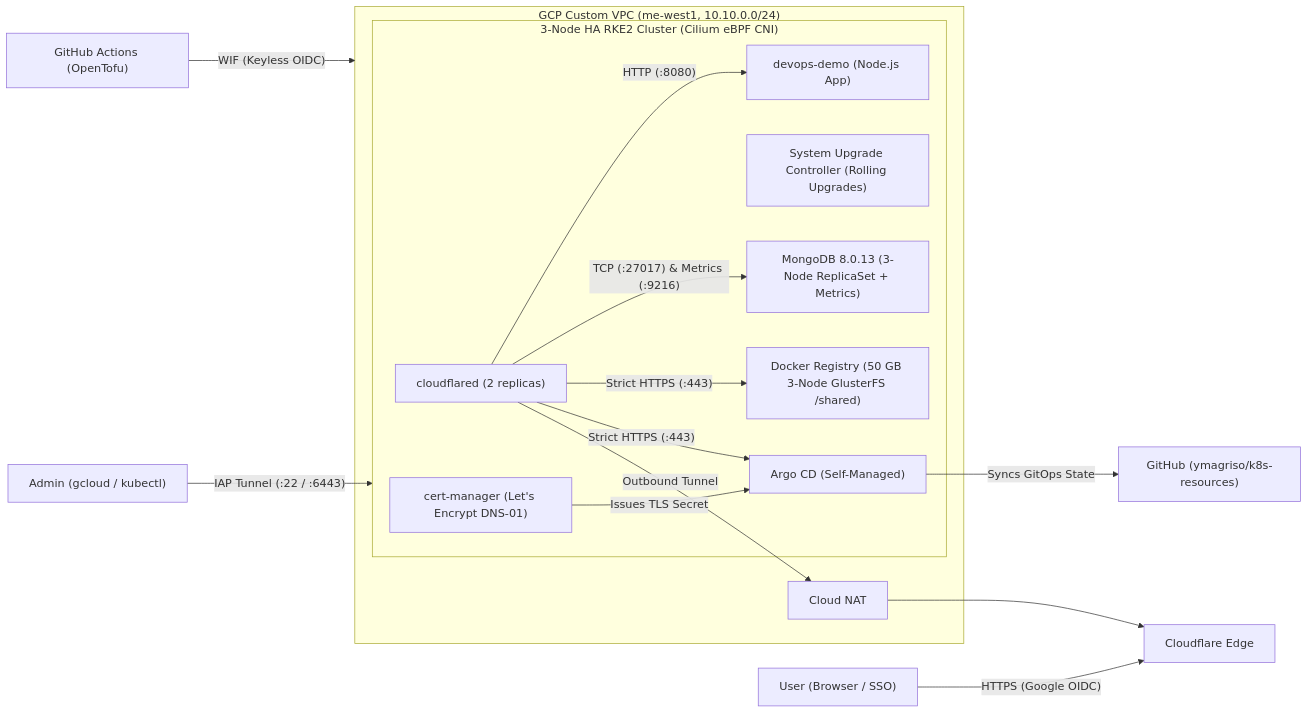
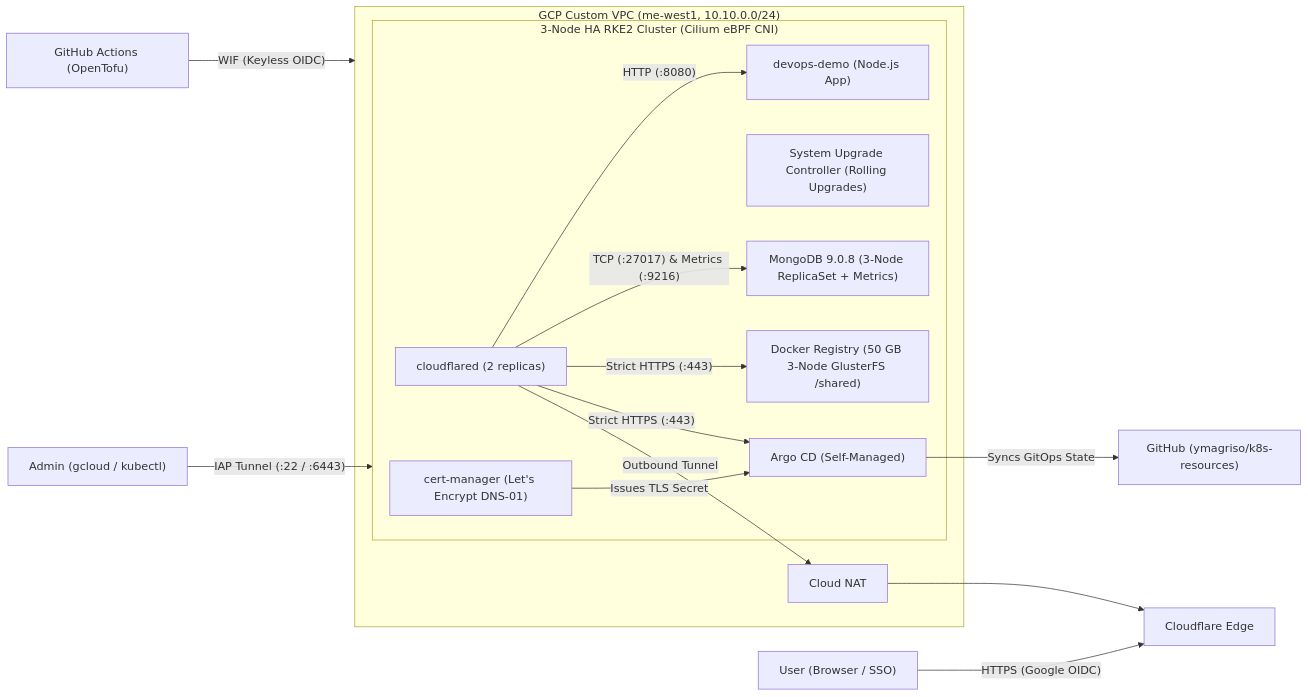
The diagram in README.md (ymagriso/devops-exercise), drawn with Mermaid before and after one commit. The commit also changed other lines of this file and 5 other files, not shown here.

Commit message:
fix(mongodb): upgrade Bitnami MongoDB chart to 20.0.20 to remediate critical image CVEs

````diff
--- a/README.md
+++ b/README.md
@@ -11,27 +11,27 @@
 ```mermaid
 flowchart LR
     Admin["Admin (gcloud / kubectl)"] -->|"IAP Tunnel (:22 / :6443)"| RKE2
     User["User (Browser / SSO)"] -->|"HTTPS (Google OIDC)"| CF["Cloudflare Edge"]
     CI["GitHub Actions (OpenTofu)"] -->|"WIF (Keyless OIDC)"| GCP
     subgraph GCP["GCP Custom VPC (me-west1, 10.10.0.0/24)"]
         NAT["Cloud NAT"]
         subgraph RKE2["3-Node HA RKE2 Cluster (Cilium eBPF CNI)"]
             CFD["cloudflared (2 replicas)"]
             Argo["Argo CD (Self-Managed)"]
             CM["cert-manager (Let's Encrypt DNS-01)"]
             SUC["System Upgrade Controller (Rolling Upgrades)"]
-            Mongo["MongoDB 8.0.13 (3-Node ReplicaSet + Metrics)"]
+            Mongo["MongoDB 9.0.8 (3-Node ReplicaSet + Metrics)"]
             Registry["Docker Registry (50 GB 3-Node GlusterFS /shared)"]
             Demo["devops-demo (Node.js App)"]
         end
     end
     GH["GitHub (ymagriso/k8s-resources)"]
 
     CFD -->|"Outbound Tunnel"| NAT --> CF
     CFD -->|"Strict HTTPS (:443)"| Argo
     CFD -->|"Strict HTTPS (:443)"| Registry
     CFD -->|"TCP (:27017) & Metrics (:9216)"| Mongo
     CFD -->|"HTTP (:8080)"| Demo
     CM -->|"Issues TLS Secret"| Argo
     Argo -->|"Syncs GitOps State"| GH
 ```
````
